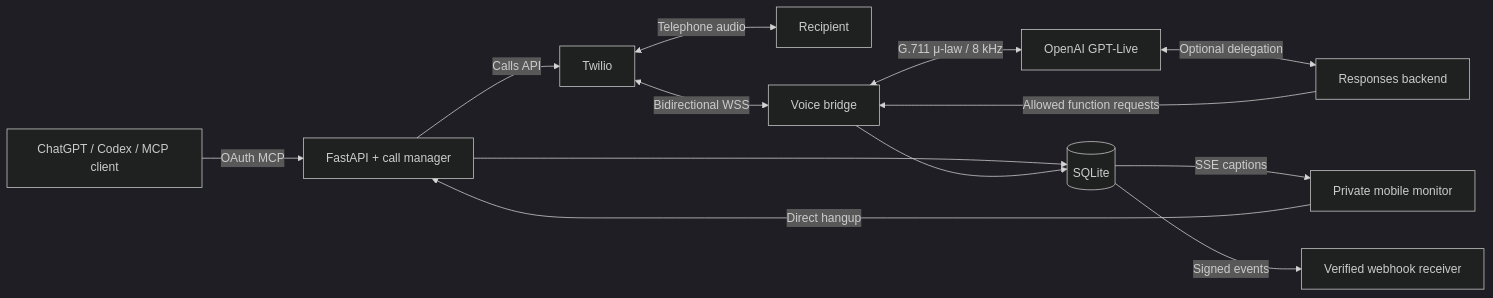
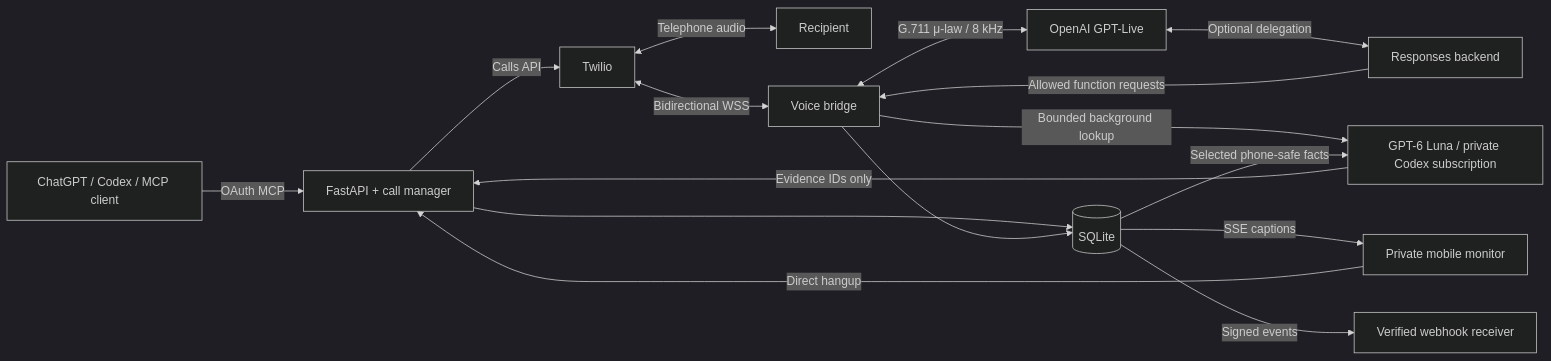
One commit to i-xoxol/phone-assistant changed the diagram in README.md. Above: the diagram before and after it, drawn with Mermaid (dark theme). The commit also changed other lines of this file and 26 other files, not shown here.

Commit message:
Add bounded subscription-backed Luna context lookup for incoming calls

````diff
--- a/README.md
+++ b/README.md
@@ -61,15 +62,18 @@
 ```mermaid
 flowchart LR
     Client[ChatGPT / Codex / MCP client] -->|OAuth MCP| App[FastAPI + call manager]
     App -->|Calls API| Twilio[Twilio]
     Twilio <-->|Telephone audio| Person[Recipient]
     Twilio <-->|Bidirectional WSS| Bridge[Voice bridge]
     Bridge <-->|G.711 μ-law / 8 kHz| Live[OpenAI GPT-Live]
     Live <-->|Optional delegation| Backend[Responses backend]
     Backend -->|Allowed function requests| Bridge
+    Bridge -->|Bounded background lookup| Luna[GPT-6 Luna / private Codex subscription]
+    DB -->|Selected phone-safe facts| Luna
+    Luna -->|Evidence IDs only| App
     App --> DB[(SQLite)]
     Bridge --> DB
     DB -->|SSE captions| Monitor[Private mobile monitor]
     Monitor -->|Direct hangup| App
     DB -->|Signed events| Receiver[Verified webhook receiver]
 ```
````
